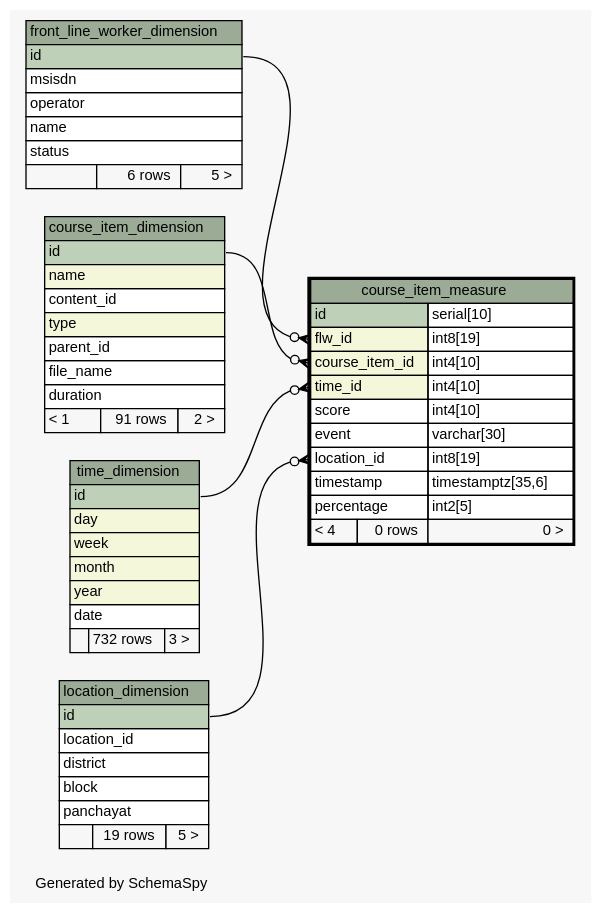
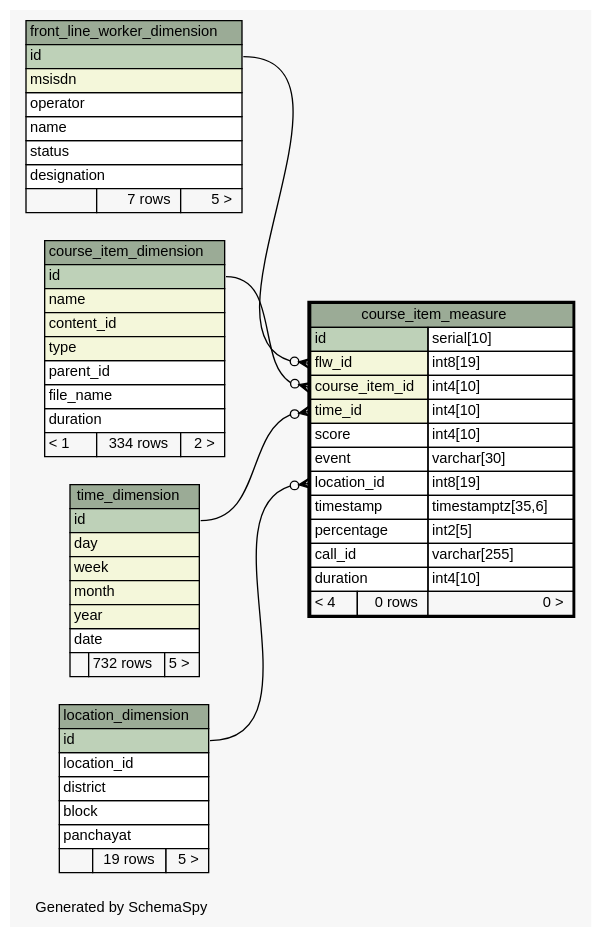
Before and after one commit to motech/ananya: the diagram in ananya-report/build/schemaspy-output/diagrams/course_item_measure.1degree.dot, drawn with Graphviz. The commit also changed 73 other files, not shown here.

Commit message:
vijay|#00|updated schemaspy output

```diff
--- a/ananya-report/build/schemaspy-output/diagrams/course_item_measure.1degree.dot
+++ b/ananya-report/build/schemaspy-output/diagrams/course_item_measure.1degree.dot
@@ -1,103 +1,106 @@
-// dot 2.28.0 on Mac OS X 10.7.3
+// dot 2.26.3 on Linux 2.6.38-11-generic-pae
 // SchemaSpy rev 590
 digraph "oneDegreeRelationshipsDiagram" {
   graph [
     rankdir="RL"
     bgcolor="#f7f7f7"
     label="\nGenerated by SchemaSpy"
     labeljust="l"
     nodesep="0.18"
     ranksep="0.46"
     fontname="Helvetica"
     fontsize="11"
   ];
   node [
     fontname="Helvetica"
     fontsize="11"
     shape="plaintext"
   ];
   edge [
     arrowsize="0.8"
   ];
   "course_item_measure":"course_item_id":w -> "course_item_dimension":"id":e [arrowhead=none dir=back arrowtail=crowodot];
   "course_item_measure":"flw_id":w -> "front_line_worker_dimension":"id":e [arrowhead=none dir=back arrowtail=crowodot];
   "course_item_measure":"location_id":w -> "location_dimension":"id":e [arrowhead=none dir=back arrowtail=crowodot];
   "course_item_measure":"time_id":w -> "time_dimension":"id":e [arrowhead=none dir=back arrowtail=crowodot];
   "course_item_dimension" [
     label=<
     <TABLE BORDER="0" CELLBORDER="1" CELLSPACING="0" BGCOLOR="#ffffff">
       <TR><TD COLSPAN="3" BGCOLOR="#9bab96" ALIGN="CENTER">course_item_dimension</TD></TR>
       <TR><TD PORT="id" COLSPAN="3" BGCOLOR="#bed1b8" ALIGN="LEFT">id</TD></TR>
       <TR><TD PORT="name" COLSPAN="3" BGCOLOR="#f4f7da" ALIGN="LEFT">name</TD></TR>
-      <TR><TD PORT="content_id" COLSPAN="3" ALIGN="LEFT">content_id</TD></TR>
+      <TR><TD PORT="content_id" COLSPAN="3" BGCOLOR="#f4f7da" ALIGN="LEFT">content_id</TD></TR>
       <TR><TD PORT="type" COLSPAN="3" BGCOLOR="#f4f7da" ALIGN="LEFT">type</TD></TR>
       <TR><TD PORT="parent_id" COLSPAN="3" ALIGN="LEFT">parent_id</TD></TR>
       <TR><TD PORT="file_name" COLSPAN="3" ALIGN="LEFT">file_name</TD></TR>
       <TR><TD PORT="duration" COLSPAN="3" ALIGN="LEFT">duration</TD></TR>
-      <TR><TD ALIGN="LEFT" BGCOLOR="#f7f7f7">&lt; 1</TD><TD ALIGN="RIGHT" BGCOLOR="#f7f7f7">91 rows</TD><TD ALIGN="RIGHT" BGCOLOR="#f7f7f7">2 &gt;</TD></TR>
+      <TR><TD ALIGN="LEFT" BGCOLOR="#f7f7f7">&lt; 1</TD><TD ALIGN="RIGHT" BGCOLOR="#f7f7f7">334 rows</TD><TD ALIGN="RIGHT" BGCOLOR="#f7f7f7">2 &gt;</TD></TR>
     </TABLE>>
     URL="course_item_dimension.html"
     tooltip="course_item_dimension"
   ];
   "course_item_measure" [
     label=<
     <TABLE BORDER="2" CELLBORDER="1" CELLSPACING="0" BGCOLOR="#ffffff">
       <TR><TD COLSPAN="3" BGCOLOR="#9bab96" ALIGN="CENTER">course_item_measure</TD></TR>
       <TR><TD PORT="id" COLSPAN="2" BGCOLOR="#bed1b8" ALIGN="LEFT">id</TD><TD PORT="id.type" ALIGN="LEFT">serial[10]</TD></TR>
       <TR><TD PORT="flw_id" COLSPAN="2" BGCOLOR="#f4f7da" ALIGN="LEFT">flw_id</TD><TD PORT="flw_id.type" ALIGN="LEFT">int8[19]</TD></TR>
       <TR><TD PORT="course_item_id" COLSPAN="2" BGCOLOR="#f4f7da" ALIGN="LEFT">course_item_id</TD><TD PORT="course_item_id.type" ALIGN="LEFT">int4[10]</TD></TR>
       <TR><TD PORT="time_id" COLSPAN="2" BGCOLOR="#f4f7da" ALIGN="LEFT">time_id</TD><TD PORT="time_id.type" ALIGN="LEFT">int4[10]</TD></TR>
       <TR><TD PORT="score" COLSPAN="2" ALIGN="LEFT">score</TD><TD PORT="score.type" ALIGN="LEFT">int4[10]</TD></TR>
       <TR><TD PORT="event" COLSPAN="2" ALIGN="LEFT">event</TD><TD PORT="event.type" ALIGN="LEFT">varchar[30]</TD></TR>
       <TR><TD PORT="location_id" COLSPAN="2" ALIGN="LEFT">location_id</TD><TD PORT="location_id.type" ALIGN="LEFT">int8[19]</TD></TR>
       <TR><TD PORT="timestamp" COLSPAN="2" ALIGN="LEFT">timestamp</TD><TD PORT="timestamp.type" ALIGN="LEFT">timestamptz[35,6]</TD></TR>
       <TR><TD PORT="percentage" COLSPAN="2" ALIGN="LEFT">percentage</TD><TD PORT="percentage.type" ALIGN="LEFT">int2[5]</TD></TR>
+      <TR><TD PORT="call_id" COLSPAN="2" ALIGN="LEFT">call_id</TD><TD PORT="call_id.type" ALIGN="LEFT">varchar[255]</TD></TR>
+      <TR><TD PORT="duration" COLSPAN="2" ALIGN="LEFT">duration</TD><TD PORT="duration.type" ALIGN="LEFT">int4[10]</TD></TR>
       <TR><TD ALIGN="LEFT" BGCOLOR="#f7f7f7">&lt; 4</TD><TD ALIGN="RIGHT" BGCOLOR="#f7f7f7">0 rows</TD><TD ALIGN="RIGHT" BGCOLOR="#f7f7f7">0 &gt;</TD></TR>
     </TABLE>>
     URL="course_item_measure.html"
     tooltip="course_item_measure"
   ];
   "front_line_worker_dimension" [
     label=<
     <TABLE BORDER="0" CELLBORDER="1" CELLSPACING="0" BGCOLOR="#ffffff">
       <TR><TD COLSPAN="3" BGCOLOR="#9bab96" ALIGN="CENTER">front_line_worker_dimension</TD></TR>
       <TR><TD PORT="id" COLSPAN="3" BGCOLOR="#bed1b8" ALIGN="LEFT">id</TD></TR>
-      <TR><TD PORT="msisdn" COLSPAN="3" ALIGN="LEFT">msisdn</TD></TR>
+      <TR><TD PORT="msisdn" COLSPAN="3" BGCOLOR="#f4f7da" ALIGN="LEFT">msisdn</TD></TR>
       <TR><TD PORT="operator" COLSPAN="3" ALIGN="LEFT">operator</TD></TR>
       <TR><TD PORT="name" COLSPAN="3" ALIGN="LEFT">name</TD></TR>
       <TR><TD PORT="status" COLSPAN="3" ALIGN="LEFT">status</TD></TR>
-      <TR><TD ALIGN="LEFT" BGCOLOR="#f7f7f7">  </TD><TD ALIGN="RIGHT" BGCOLOR="#f7f7f7">6 rows</TD><TD ALIGN="RIGHT" BGCOLOR="#f7f7f7">5 &gt;</TD></TR>
+      <TR><TD PORT="designation" COLSPAN="3" ALIGN="LEFT">designation</TD></TR>
+      <TR><TD ALIGN="LEFT" BGCOLOR="#f7f7f7">  </TD><TD ALIGN="RIGHT" BGCOLOR="#f7f7f7">7 rows</TD><TD ALIGN="RIGHT" BGCOLOR="#f7f7f7">5 &gt;</TD></TR>
     </TABLE>>
     URL="front_line_worker_dimension.html"
     tooltip="front_line_worker_dimension"
   ];
   "location_dimension" [
     label=<
     <TABLE BORDER="0" CELLBORDER="1" CELLSPACING="0" BGCOLOR="#ffffff">
       <TR><TD COLSPAN="3" BGCOLOR="#9bab96" ALIGN="CENTER">location_dimension</TD></TR>
       <TR><TD PORT="id" COLSPAN="3" BGCOLOR="#bed1b8" ALIGN="LEFT">id</TD></TR>
       <TR><TD PORT="location_id" COLSPAN="3" ALIGN="LEFT">location_id</TD></TR>
       <TR><TD PORT="district" COLSPAN="3" ALIGN="LEFT">district</TD></TR>
       <TR><TD PORT="block" COLSPAN="3" ALIGN="LEFT">block</TD></TR>
       <TR><TD PORT="panchayat" COLSPAN="3" ALIGN="LEFT">panchayat</TD></TR>
       <TR><TD ALIGN="LEFT" BGCOLOR="#f7f7f7">  </TD><TD ALIGN="RIGHT" BGCOLOR="#f7f7f7">19 rows</TD><TD ALIGN="RIGHT" BGCOLOR="#f7f7f7">5 &gt;</TD></TR>
     </TABLE>>
     URL="location_dimension.html"
     tooltip="location_dimension"
   ];
   "time_dimension" [
     label=<
     <TABLE BORDER="0" CELLBORDER="1" CELLSPACING="0" BGCOLOR="#ffffff">
       <TR><TD COLSPAN="3" BGCOLOR="#9bab96" ALIGN="CENTER">time_dimension</TD></TR>
       <TR><TD PORT="id" COLSPAN="3" BGCOLOR="#bed1b8" ALIGN="LEFT">id</TD></TR>
       <TR><TD PORT="day" COLSPAN="3" BGCOLOR="#f4f7da" ALIGN="LEFT">day</TD></TR>
       <TR><TD PORT="week" COLSPAN="3" BGCOLOR="#f4f7da" ALIGN="LEFT">week</TD></TR>
       <TR><TD PORT="month" COLSPAN="3" BGCOLOR="#f4f7da" ALIGN="LEFT">month</TD></TR>
       <TR><TD PORT="year" COLSPAN="3" BGCOLOR="#f4f7da" ALIGN="LEFT">year</TD></TR>
       <TR><TD PORT="date" COLSPAN="3" ALIGN="LEFT">date</TD></TR>
-      <TR><TD ALIGN="LEFT" BGCOLOR="#f7f7f7">  </TD><TD ALIGN="RIGHT" BGCOLOR="#f7f7f7">732 rows</TD><TD ALIGN="RIGHT" BGCOLOR="#f7f7f7">3 &gt;</TD></TR>
+      <TR><TD ALIGN="LEFT" BGCOLOR="#f7f7f7">  </TD><TD ALIGN="RIGHT" BGCOLOR="#f7f7f7">732 rows</TD><TD ALIGN="RIGHT" BGCOLOR="#f7f7f7">5 &gt;</TD></TR>
     </TABLE>>
     URL="time_dimension.html"
     tooltip="time_dimension"
   ];
 }
```
